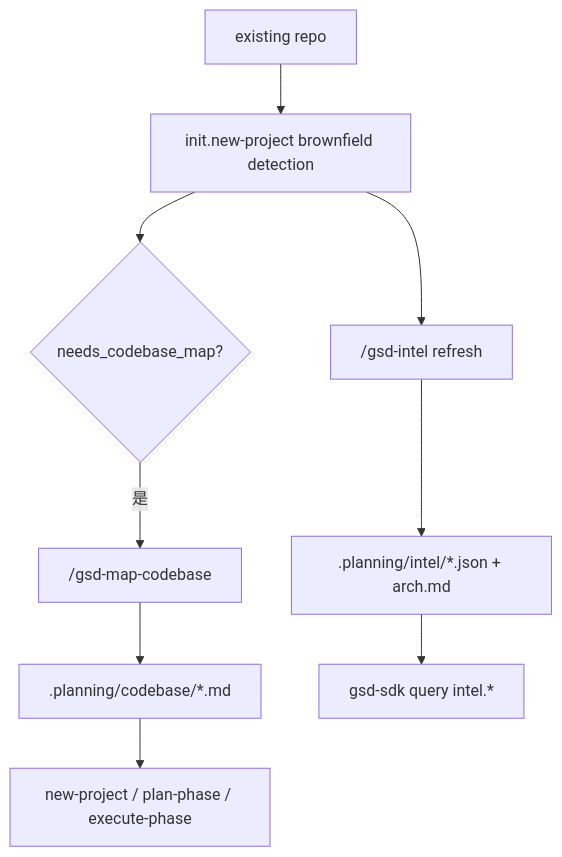
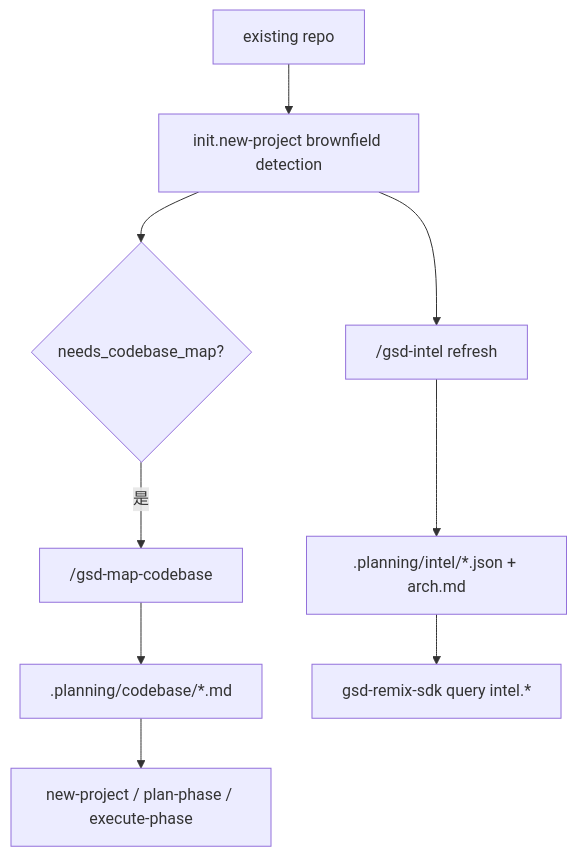
One commit to Wynne-cwb/gsd-remix changed the first of 2 diagrams in guide/13-brownfield-intel-and-map-codebase.md. Above: the diagram before and after it, drawn with Mermaid. The commit also changed 177 other files, not shown here.

Commit message:
feat: isolate remix sdk namespace

````diff
--- a/guide/13-brownfield-intel-and-map-codebase.md
+++ b/guide/13-brownfield-intel-and-map-codebase.md
@@ -61,12 +61,12 @@
 ```mermaid
 flowchart TD
     A["existing repo"] --> B["init.new-project brownfield detection"]
     B --> C{"needs_codebase_map?"}
     C -->|是| D["/gsd-map-codebase"]
     D --> E[".planning/codebase/*.md"]
     E --> F["new-project / plan-phase / execute-phase"]
 
     B --> G["/gsd-intel refresh"]
     G --> H[".planning/intel/*.json + arch.md"]
-    H --> I["gsd-sdk query intel.*"]
+    H --> I["gsd-remix-sdk query intel.*"]
 ```
````
